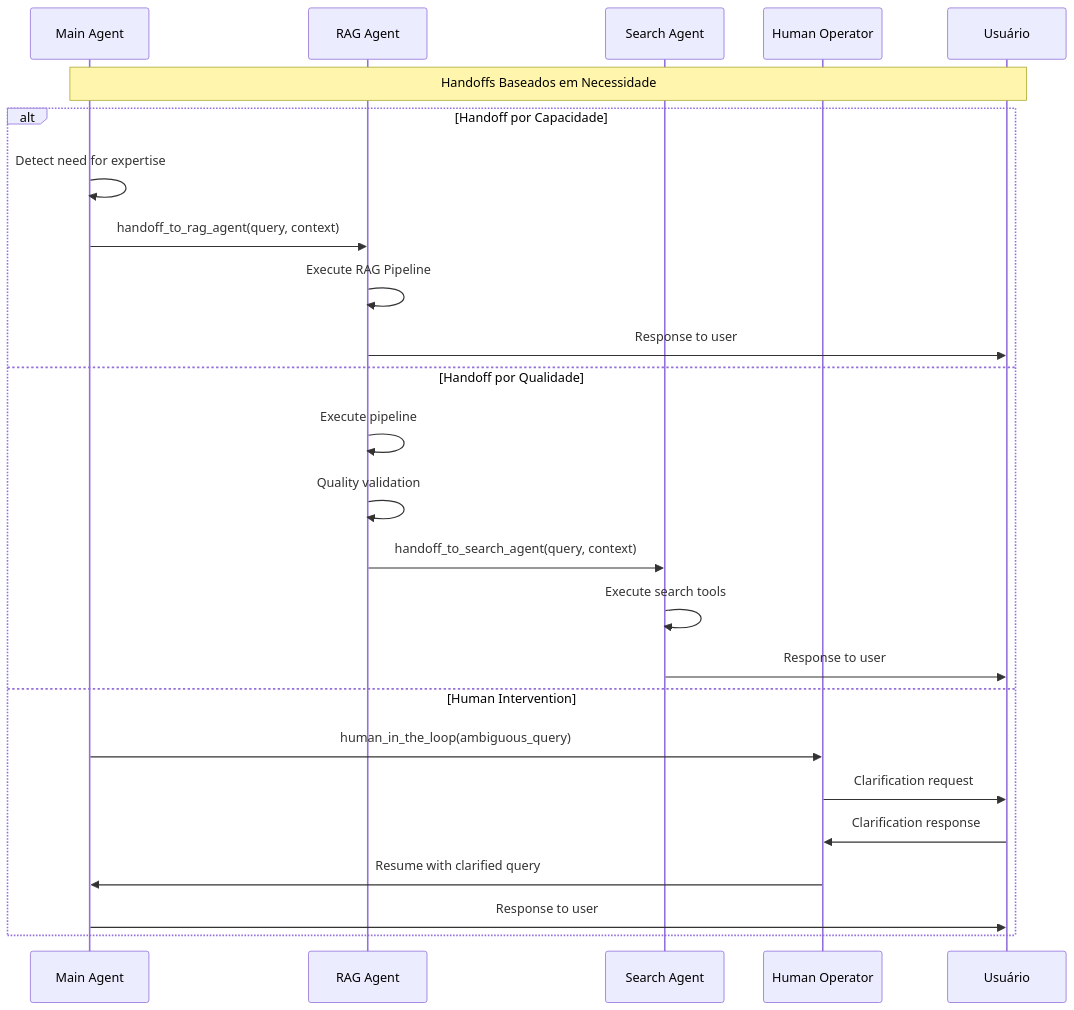
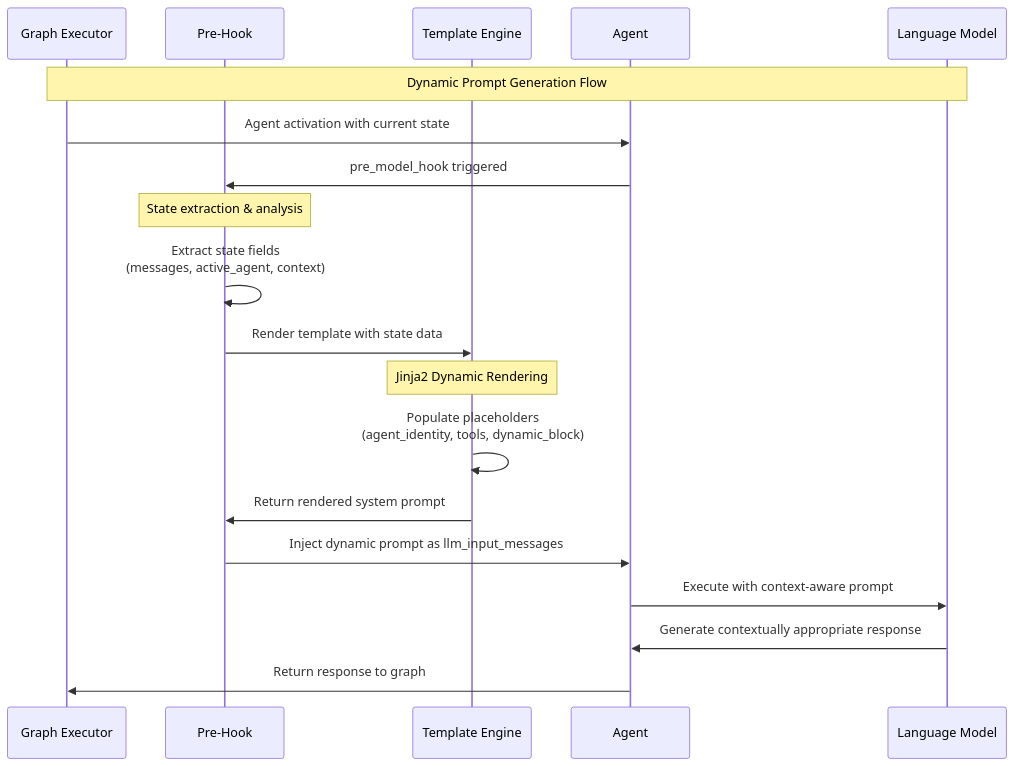
One commit to jgabriellima/coagent01-graph changed the sixth of 18 diagrams in docs/tce_swarm/ARCHITECTURE_COMPLETE.md. Above: the diagram before and after it, drawn with Mermaid. The commit also changed other lines of this file and 13 other files, not shown here.

First line of the commit message:
feat: Update TCE-PA architecture and documentation

````diff
--- a/docs/tce_swarm/ARCHITECTURE_COMPLETE.md
+++ b/docs/tce_swarm/ARCHITECTURE_COMPLETE.md
@@ -402,29 +790,26 @@
 ```mermaid
 sequenceDiagram
-    participant M as Main Agent
-    participant RAG as RAG Agent
-    participant S as Search Agent
-    participant H as Human Operator
-    participant U as Usuário
+    participant G as Graph Executor
+    participant PH as Pre-Hook
+    participant TE as Template Engine
+    participant A as Agent
+    participant LLM as Language Model
     
-    Note over M,U: Handoffs Baseados em Necessidade
+    Note over G,LLM: Dynamic Prompt Generation Flow
     
-    alt Handoff por Capacidade
-        M->>M: Detect need for expertise
-        M->>RAG: handoff_to_rag_agent(query, context)
-        RAG->>RAG: Execute RAG Pipeline
-        RAG->>U: Response to user
-    else Handoff por Qualidade
-        RAG->>RAG: Execute pipeline
-        RAG->>RAG: Quality validation
-        RAG->>S: handoff_to_search_agent(query, context)
-        S->>S: Execute search tools
-        S->>U: Response to user
-    else Human Intervention
-        M->>H: human_in_the_loop(ambiguous_query)
-        H->>U: Clarification request
-        U->>H: Clarification response
-        H->>M: Resume with clarified query
-        M->>U: Response to user
-    end
+    G->>A: Agent activation with current state
+    A->>PH: pre_model_hook triggered
+    Note over PH: State extraction & analysis
+    
+    PH->>PH: Extract state fields<br/>(messages, active_agent, context)
+    PH->>TE: Render template with state data
+    
+    Note over TE: Jinja2 Dynamic Rendering
+    TE->>TE: Populate placeholders<br/>(agent_identity, tools, dynamic_block)
+    TE->>PH: Return rendered system prompt
+    
+    PH->>A: Inject dynamic prompt as llm_input_messages
+    A->>LLM: Execute with context-aware prompt
+    LLM->>A: Generate contextually appropriate response
+    A->>G: Return response to graph
 ```
````
